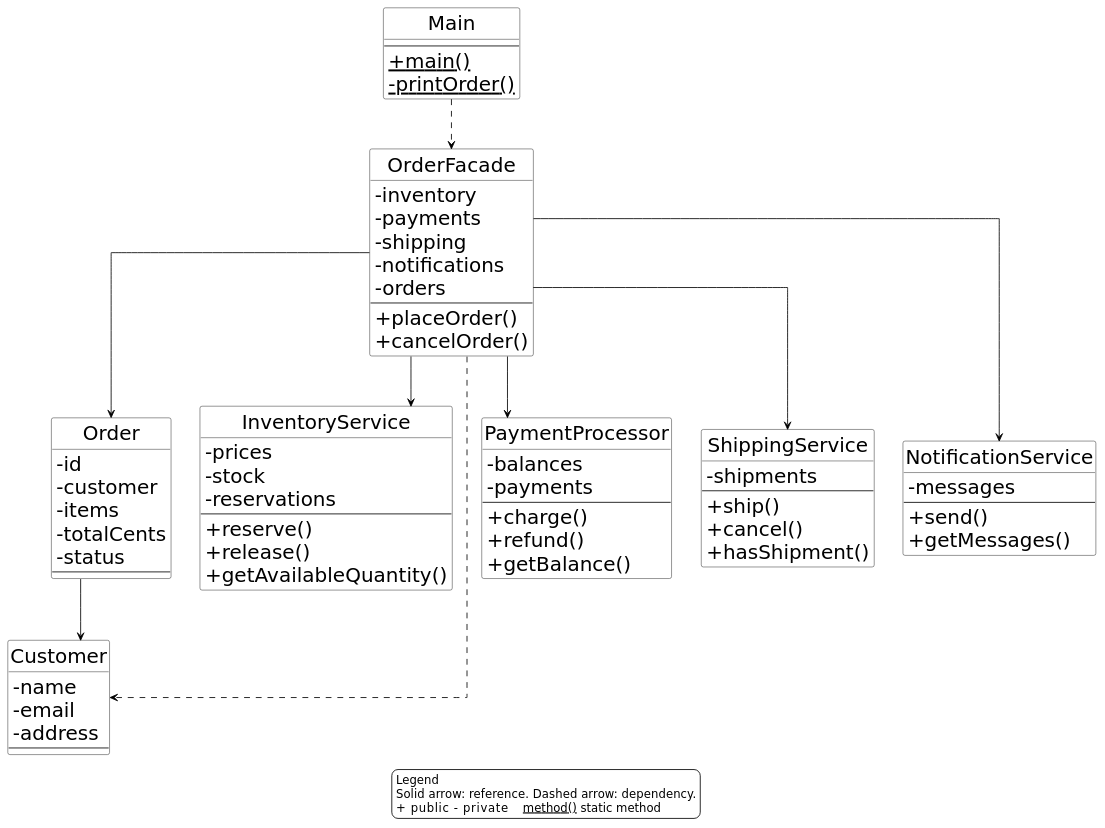
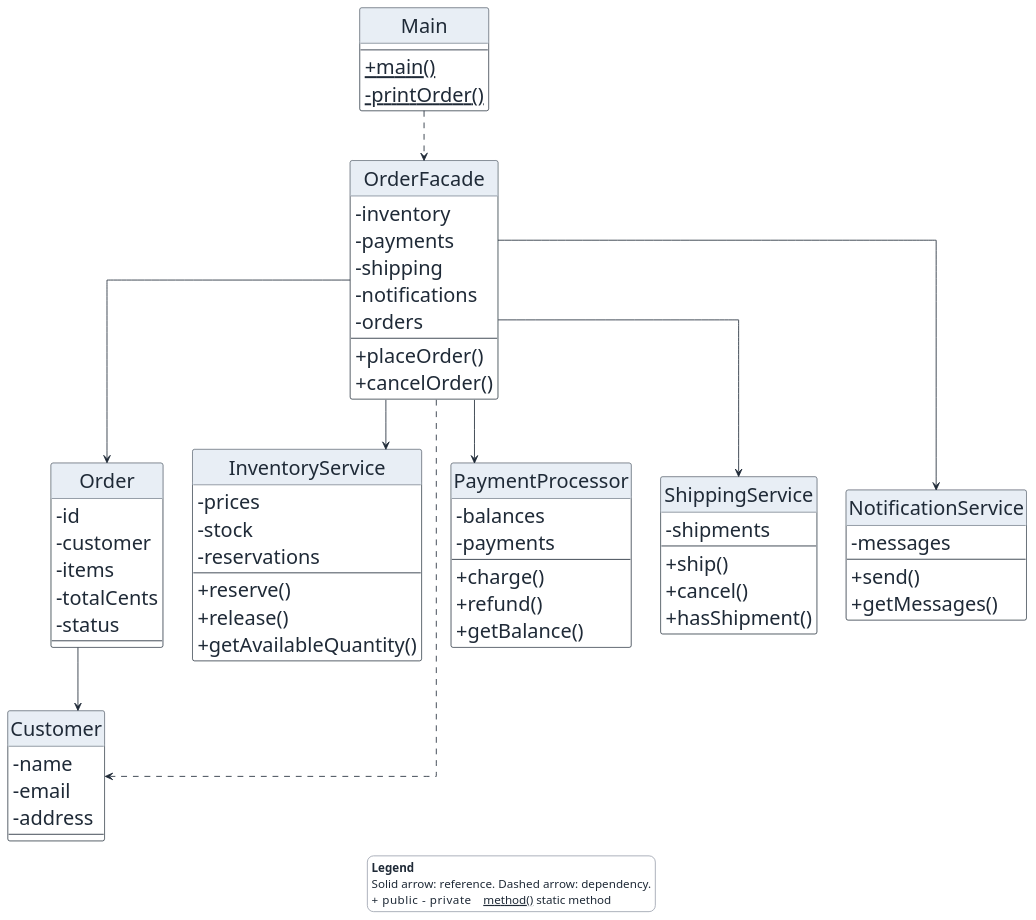
One commit to adilzhandev/AITU-SDP-A4-Facade changed the diagram in docs/uml-class-diagram.puml. Above: the diagram before and after it, drawn with PlantUML. The commit also changed 4 other files, not shown here.

Commit message:
docs: match UML styling to first assignment report

```diff
--- a/docs/uml-class-diagram.puml
+++ b/docs/uml-class-diagram.puml
@@ -1,99 +1,107 @@
 @startuml
 top to bottom direction
 skinparam backgroundColor white
 skinparam shadowing false
-skinparam defaultFontName DejaVu Sans
+skinparam defaultFontName Arial
 skinparam defaultFontSize 24
 skinparam defaultFontStyle plain
 skinparam classFontSize 26
-skinparam classFontStyle plain
+skinparam classFontStyle bold
 skinparam classAttributeFontSize 24
 skinparam classAttributeFontStyle plain
 skinparam classAttributeIconSize 0
 skinparam classBackgroundColor white
-skinparam classBorderColor black
-skinparam arrowColor black
+skinparam classHeaderBackgroundColor #E8EEF5
+skinparam defaultFontColor #1F2A37
+skinparam classAttributeFontColor #1F2A37
+skinparam classFontColor #1F2A37
+skinparam legendBackgroundColor white
+skinparam legendBorderColor #9CA3AF
+skinparam legendFontColor #1F2A37
+skinparam legendFontStyle plain
+skinparam classBorderColor #1F2A37
+skinparam arrowColor #1F2A37
 skinparam linetype ortho
 hide circle
 
 class Main {
     --
     {static} + main()
     {static} - printOrder()
 }
 
 class OrderFacade {
     - inventory
     - payments
     - shipping
     - notifications
     - orders
     --
     + placeOrder()
     + cancelOrder()
 }
 
 class Customer {
     - name
     - email
     - address
     --
 }
 
 class Order {
     - id
     - customer
     - items
     - totalCents
     - status
     --
 }
 
 class InventoryService {
     - prices
     - stock
     - reservations
     --
     + reserve()
     + release()
     + getAvailableQuantity()
 }
 
 class PaymentProcessor {
     - balances
     - payments
     --
     + charge()
     + refund()
     + getBalance()
 }
 
 class ShippingService {
     - shipments
     --
     + ship()
     + cancel()
     + hasShipment()
 }
 
 class NotificationService {
     - messages
     --
     + send()
     + getMessages()
 }
 
 Main ..> OrderFacade
 OrderFacade --> InventoryService
 OrderFacade --> PaymentProcessor
 OrderFacade --> ShippingService
 OrderFacade --> NotificationService
 OrderFacade ..> Customer
 OrderFacade --> Order
 Order --> Customer
 legend bottom
-  Legend
+  <b>Legend</b>
   Solid arrow: reference. Dashed arrow: dependency.
   + public    - private    <u>method()</u> static method
 endlegend
 @enduml
```
